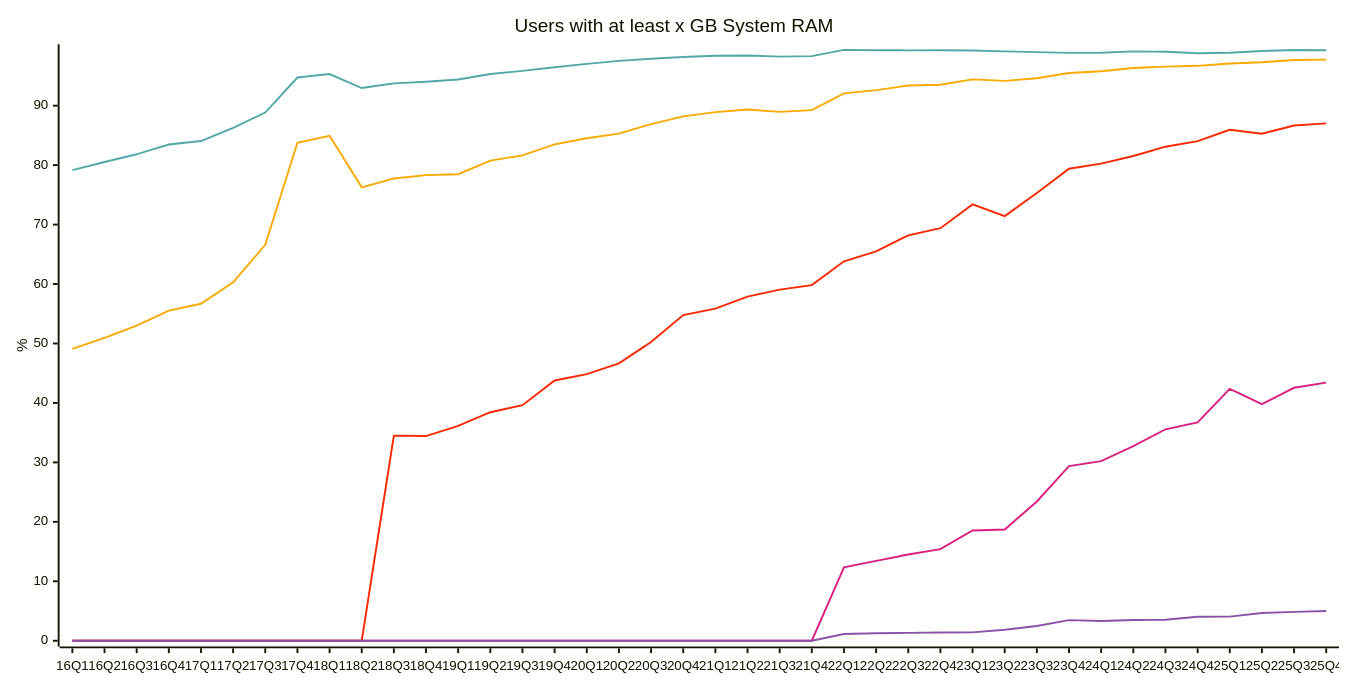
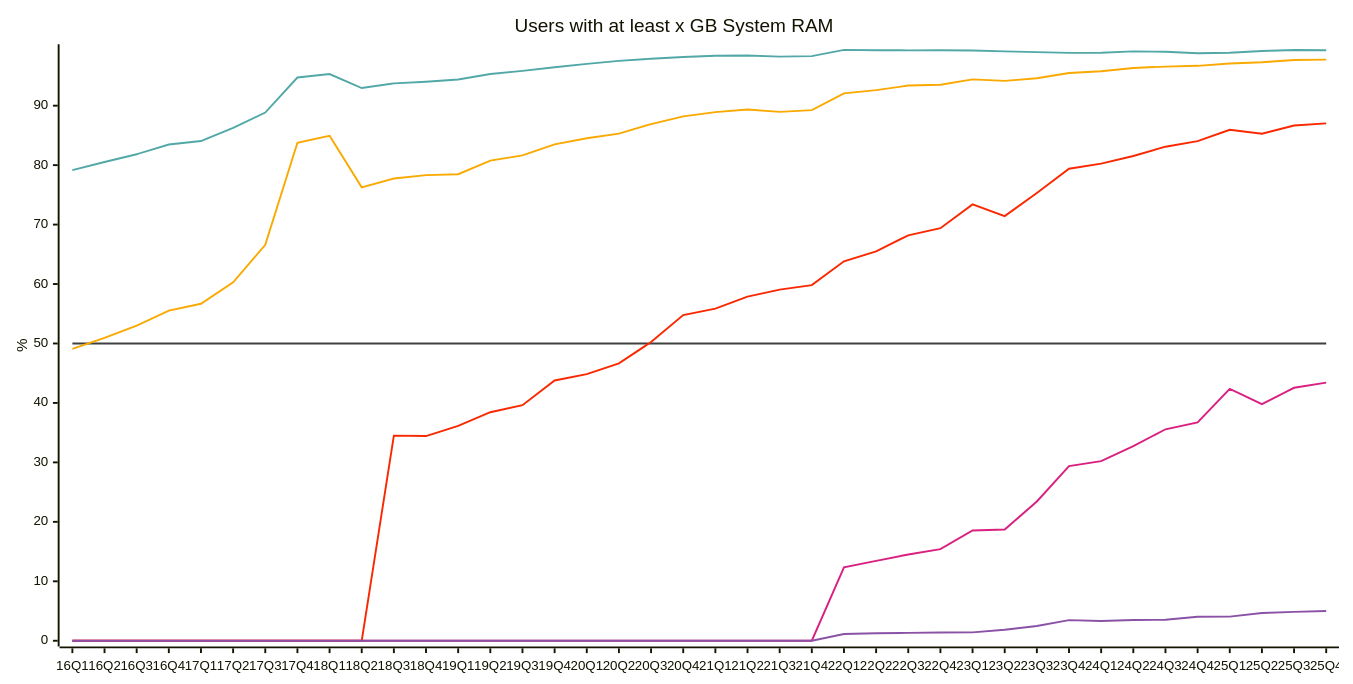
One commit to jdegene/steamHWsurvey changed diagram 25 of 28 in README.md. Above: the diagram before and after it, drawn with Mermaid. The commit also changed other lines of this file and 1 other file, not shown here.

````diff
--- a/README.md
+++ b/README.md
@@ -796,23 +796,24 @@
 ```mermaid
 ---
 config:
     xyChart:
         width: 1400
         height: 700
         
     themeVariables:
         xyChart:
-            plotColorPalette: "#51a8a6,#f9a900,#f92800,#d92080,#8a52a6"
+            plotColorPalette: "#404040,#51a8a6,#f9a900,#f92800,#d92080,#8a52a6"
 
 --- 
 
 xychart-beta
     title "Users with at least x GB System RAM"
     x-axis [16Q1, 16Q2, 16Q3, 16Q4, 17Q1, 17Q2, 17Q3, 17Q4, 18Q1, 18Q2, 18Q3, 18Q4, 19Q1, 19Q2, 19Q3, 19Q4, 20Q1, 20Q2, 20Q3, 20Q4, 21Q1, 21Q2, 21Q3, 21Q4, 22Q1, 22Q2, 22Q3, 22Q4, 23Q1, 23Q2, 23Q3, 23Q4, 24Q1, 24Q2, 24Q3, 24Q4, 25Q1, 25Q2, 25Q3, 25Q4]
     y-axis "%" 
+ line [50, 50, 50, 50, 50, 50, 50, 50, 50, 50, 50, 50, 50, 50, 50, 50, 50, 50, 50, 50, 50, 50, 50, 50, 50, 50, 50, 50, 50, 50, 50, 50, 50, 50, 50, 50, 50, 50, 50, 50]
     line [79.15666666666667, 80.52666666666667, 81.83333333333334, 83.46333333333334, 84.05, 86.25666666666666, 88.83666666666667, 94.74000000000001, 95.32333333333332, 92.97333333333334, 93.75, 94.03, 94.40666666666667, 95.33, 95.85333333333334, 96.47333333333333, 97.03666666666666, 97.53666666666666, 97.89666666666666, 98.18333333333334, 98.41000000000001, 98.45, 98.25, 98.33666666666666, 99.39, 99.33333333333333, 99.30666666666667, 99.32333333333332, 99.27, 99.14, 99.00333333333333, 98.87666666666668, 98.90333333333334, 99.13333333333333, 99.06333333333333, 98.81, 98.91, 99.20666666666666, 99.35333333333332, 99.33]
     line [49.10333333333334, 50.95, 52.99, 55.52666666666667, 56.67666666666666, 60.29, 66.60333333333334, 83.76333333333334, 84.94999999999999, 76.26666666666667, 77.75666666666666, 78.32000000000001, 78.47, 80.76, 81.64333333333333, 83.49333333333333, 84.51333333333334, 85.29333333333332, 86.91, 88.2, 88.92000000000002, 89.35333333333334, 88.96333333333332, 89.25333333333333, 92.06666666666666, 92.61333333333333, 93.38333333333333, 93.51666666666667, 94.42666666666666, 94.17333333333335, 94.60666666666665, 95.49, 95.80000000000001, 96.33333333333333, 96.57666666666667, 96.70333333333333, 97.10000000000001, 97.31333333333333, 97.68333333333334, 97.74999999999999]
     line [0, 0, 0, 0, 0, 0, 0, 0, 0, 0, 34.5, 34.43333333333333, 36.156666666666666, 38.43666666666667, 39.620000000000005, 43.78, 44.85333333333333, 46.65333333333333, 50.243333333333325, 54.78333333333333, 55.85, 57.89, 59.053333333333335, 59.82333333333333, 63.81666666666666, 65.49333333333334, 68.19999999999999, 69.39666666666668, 73.4, 71.42333333333333, 75.32, 79.39666666666666, 80.24999999999999, 81.53, 83.1, 84.03666666666668, 85.94, 85.27666666666667, 86.66, 87.02499999999999]
     line [0, 0, 0, 0, 0, 0, 0, 0, 0, 0, 0, 0, 0, 0, 0, 0, 0, 0, 0, 0, 0, 0, 0, 0, 12.336666666666666, 13.426666666666668, 14.510000000000002, 15.413333333333332, 18.556666666666665, 18.700000000000003, 23.426666666666666, 29.386666666666667, 30.22333333333333, 32.72666666666667, 35.56999999999999, 36.73333333333333, 42.373333333333335, 39.796666666666674, 42.55, 43.42]
     line [0, 0, 0, 0, 0, 0, 0, 0, 0, 0, 0, 0, 0, 0, 0, 0, 0, 0, 0, 0, 0, 0, 0, 0, 1.1266666666666667, 1.2533333333333334, 1.3166666666666667, 1.3866666666666667, 1.4066666666666667, 1.8399999999999999, 2.476666666666667, 3.47, 3.3299999999999996, 3.4799999999999995, 3.53, 4.046666666666667, 4.056666666666667, 4.673333333333333, 4.85, 5.01]
 ``` 
````
